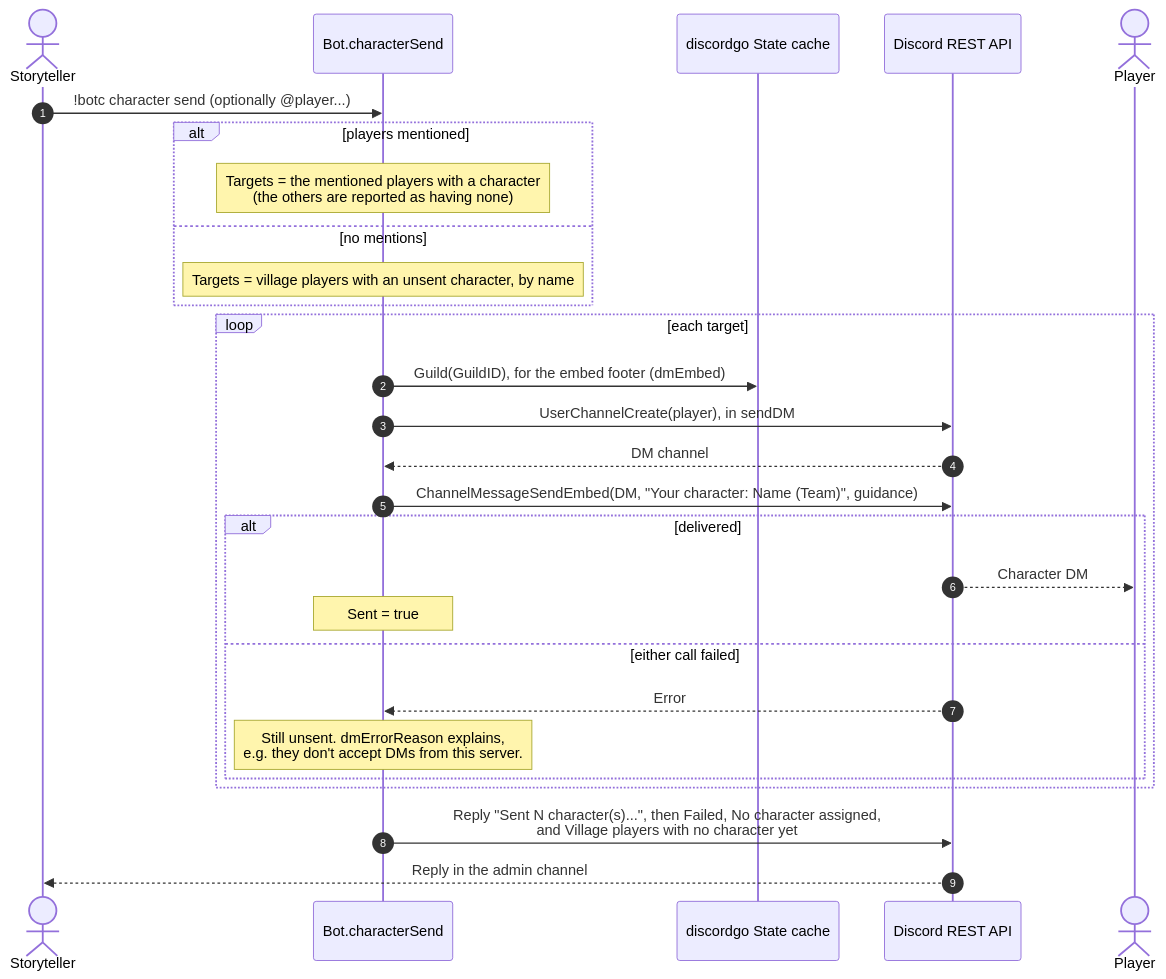
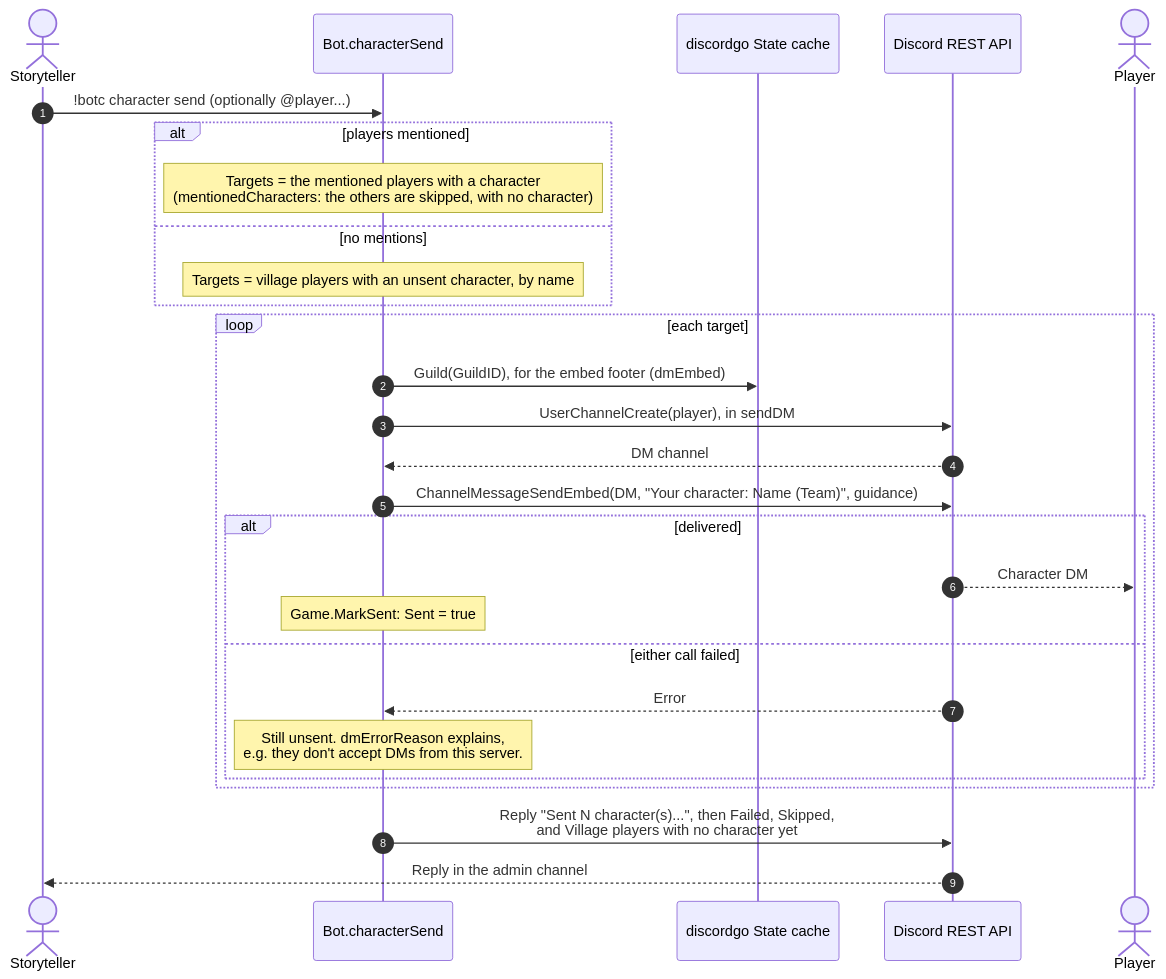
The seventh of 9 diagrams in docs/uml/characters.md (RAGNOARAKNOS/BotOnTheClocktower), drawn with Mermaid before and after one commit. The commit also changed other lines of this file and 33 other files, not shown here.

````diff
--- a/docs/uml/characters.md
+++ b/docs/uml/characters.md
@@ -175,31 +175,31 @@
 ```mermaid
 sequenceDiagram
     autonumber
     actor ST as Storyteller
     participant Bot as Bot.characterSend
     participant State as discordgo State cache
     participant REST as Discord REST API
     actor P as Player
 
     ST->>Bot: !botc character send (optionally @player...)
     alt players mentioned
-        Note over Bot: Targets = the mentioned players with a character<br/>(the others are reported as having none)
+        Note over Bot: Targets = the mentioned players with a character<br/>(mentionedCharacters: the others are skipped, with no character)
     else no mentions
         Note over Bot: Targets = village players with an unsent character, by name
     end
     loop each target
         Bot->>State: Guild(GuildID), for the embed footer (dmEmbed)
         Bot->>REST: UserChannelCreate(player), in sendDM
         REST-->>Bot: DM channel
         Bot->>REST: ChannelMessageSendEmbed(DM, "Your character: Name (Team)", guidance)
         alt delivered
             REST-->>P: Character DM
-            Note over Bot: Sent = true
+            Note over Bot: Game.MarkSent: Sent = true
         else either call failed
             REST-->>Bot: Error
             Note over Bot: Still unsent. dmErrorReason explains,<br/>e.g. they don't accept DMs from this server.
         end
     end
-    Bot->>REST: Reply "Sent N character(s)...", then Failed, No character assigned,<br/>and Village players with no character yet
+    Bot->>REST: Reply "Sent N character(s)...", then Failed, Skipped,<br/>and Village players with no character yet
     REST-->>ST: Reply in the admin channel
 ```
````
